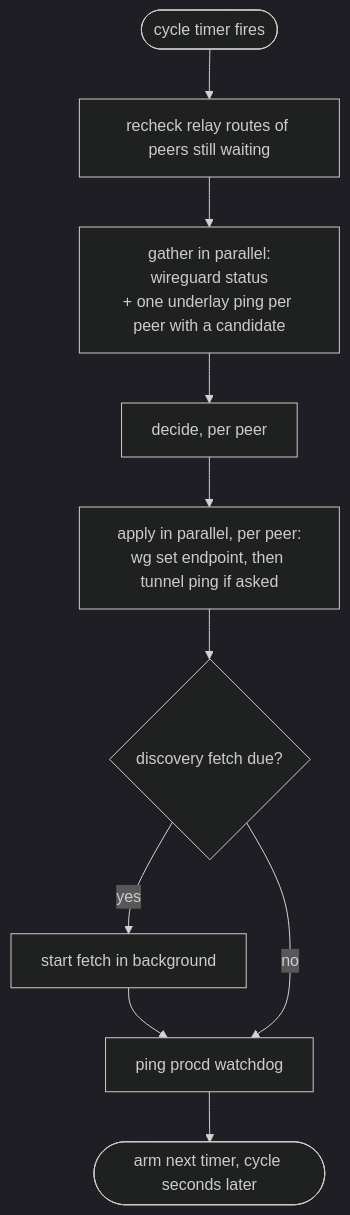
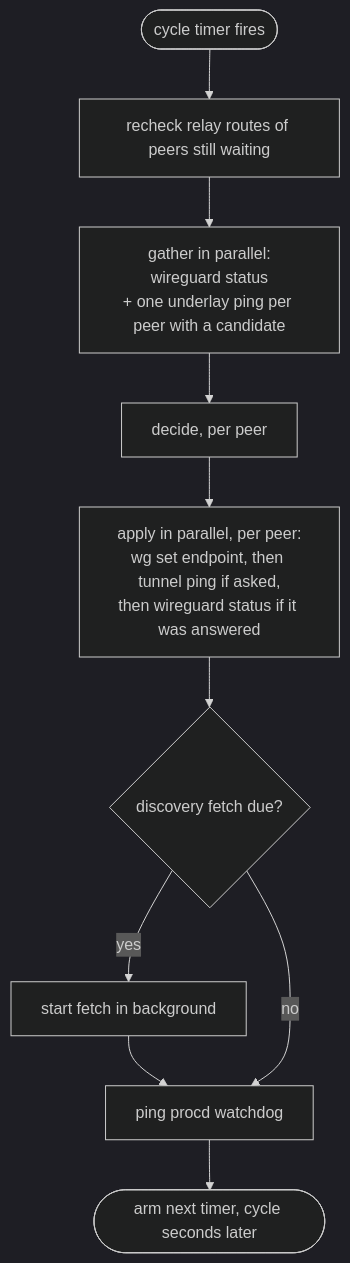
One commit to m00qek/wgpathd changed the diagram in docs/explanation/architecture.md. Above: the diagram before and after it, drawn with Mermaid (dark theme). The commit also changed other lines of this file and 6 other files, not shown here.

````diff
--- a/docs/explanation/architecture.md
+++ b/docs/explanation/architecture.md
@@ -44,11 +44,11 @@
 ```mermaid
 flowchart TD
     T([cycle timer fires]) --> R[recheck relay routes of peers still waiting]
     R --> G["gather in parallel:<br/>wireguard status<br/>+ one underlay ping per peer with a candidate"]
     G --> D[decide, per peer]
-    D --> A["apply in parallel, per peer:<br/>wg set endpoint, then tunnel ping if asked"]
+    D --> A["apply in parallel, per peer:<br/>wg set endpoint, then tunnel ping if asked,<br/>then wireguard status if it was answered"]
     A --> F{discovery fetch due?}
     F -- yes --> BG[start fetch in background] --> W
     F -- no --> W[ping procd watchdog]
     W --> N([arm next timer, cycle seconds later])
 ```
````
